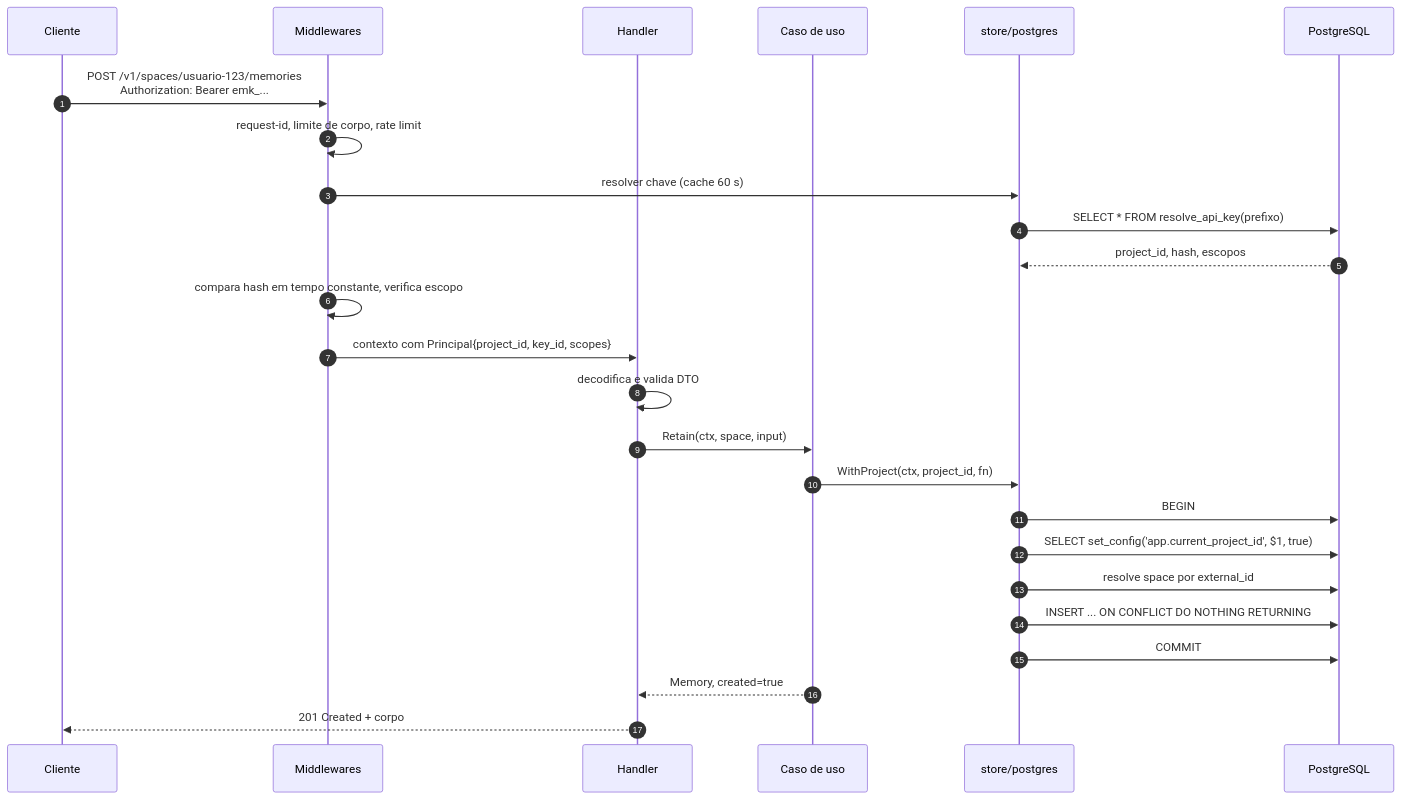
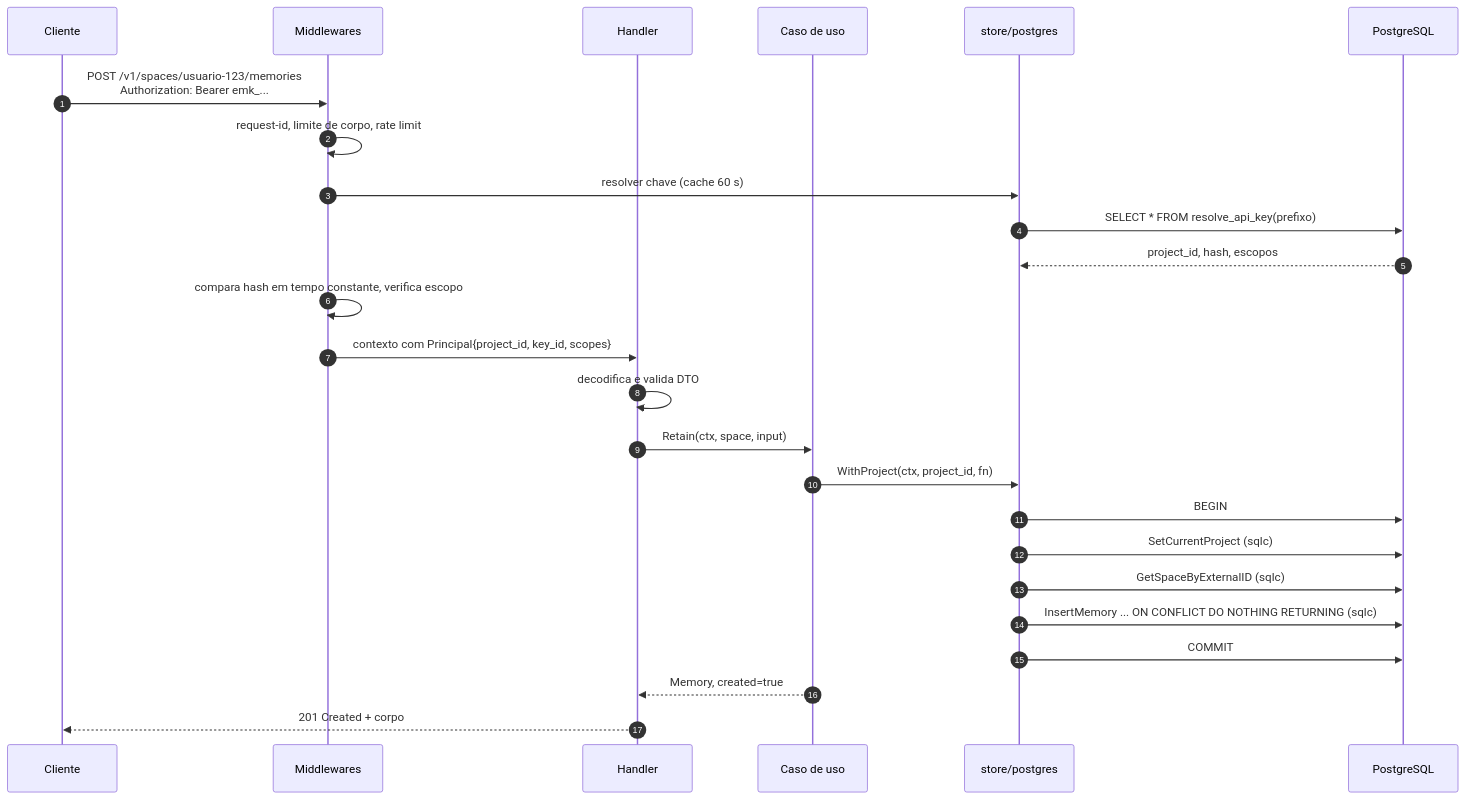
The third of 6 diagrams in docs/arquitetura-api.md (Tomelin/extend-memory-ai), drawn with Mermaid before and after one commit. The commit also changed other lines of this file, not shown here.

Commit message:
docs: define Go stack (gin, sqlc, golang-migrate, slog, OpenTelemetry + Prometheus) (#2)

````diff
--- a/docs/arquitetura-api.md
+++ b/docs/arquitetura-api.md
@@ -138,28 +176,28 @@
 ```mermaid
 sequenceDiagram
     autonumber
     participant C as Cliente
     participant MW as Middlewares
     participant H as Handler
     participant UC as Caso de uso
     participant S as store/postgres
     participant PG as PostgreSQL
 
     C->>MW: POST /v1/spaces/usuario-123/memories<br/>Authorization: Bearer emk_...
     MW->>MW: request-id, limite de corpo, rate limit
     MW->>S: resolver chave (cache 60 s)
     S->>PG: SELECT * FROM resolve_api_key(prefixo)
     PG-->>S: project_id, hash, escopos
     MW->>MW: compara hash em tempo constante, verifica escopo
     MW->>H: contexto com Principal{project_id, key_id, scopes}
     H->>H: decodifica e valida DTO
     H->>UC: Retain(ctx, space, input)
     UC->>S: WithProject(ctx, project_id, fn)
     S->>PG: BEGIN
-    S->>PG: SELECT set_config('app.current_project_id', $1, true)
-    S->>PG: resolve space por external_id
-    S->>PG: INSERT ... ON CONFLICT DO NOTHING RETURNING
+    S->>PG: SetCurrentProject (sqlc)
+    S->>PG: GetSpaceByExternalID (sqlc)
+    S->>PG: InsertMemory ... ON CONFLICT DO NOTHING RETURNING (sqlc)
     S->>PG: COMMIT
     UC-->>H: Memory, created=true
     H-->>C: 201 Created + corpo
 ```
````
